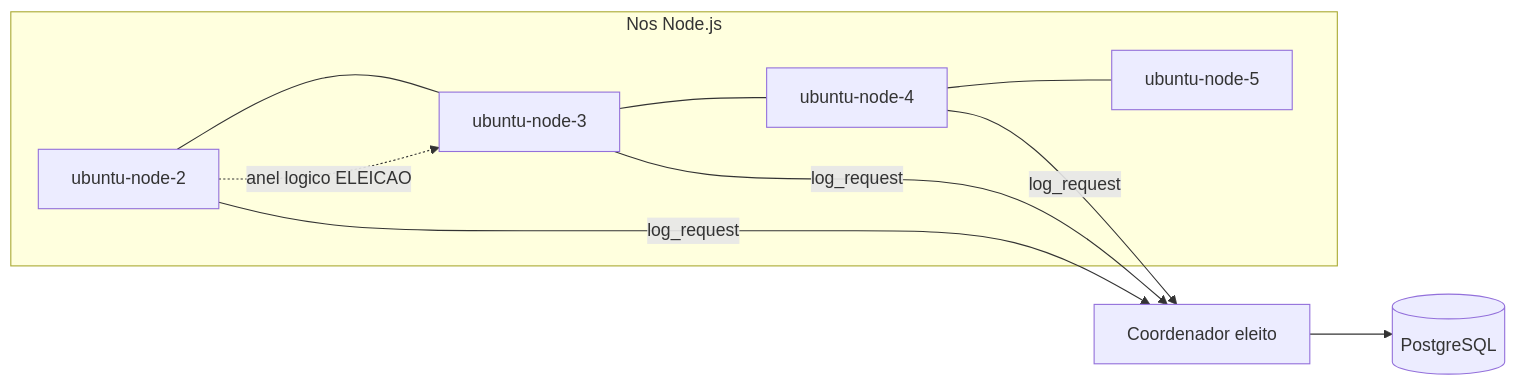
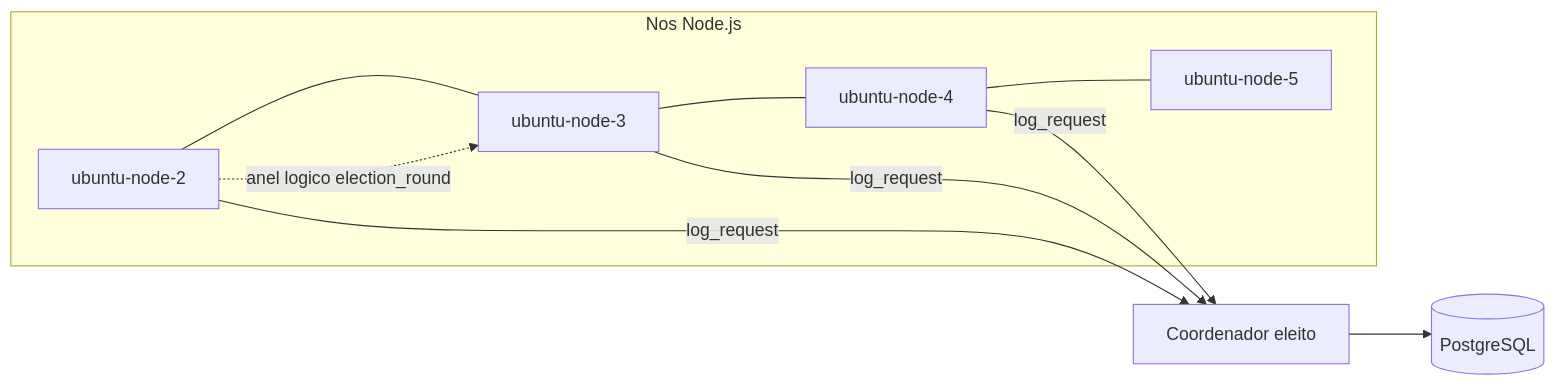
The diagram in docs/documentation/01_visao_e_conceitos_sd.md (GabrielFSSantos/ring-coordinator-lab), drawn with Mermaid before and after one commit. The commit also changed other lines of this file and 171 other files, not shown here.

First line of the commit message:
feat: storage HTTP, timeline global, lab-tail e LAN 8 nós

````diff
--- a/docs/documentation/01_visao_e_conceitos_sd.md
+++ b/docs/documentation/01_visao_e_conceitos_sd.md
@@ -15,16 +15,16 @@
 ```mermaid
 flowchart LR
   subgraph nodes [Nos Node.js]
     N2[ubuntu-node-2]
     N3[ubuntu-node-3]
     N4[ubuntu-node-4]
     N5[ubuntu-node-5]
   end
   N2 --- N3 --- N4 --- N5
-  N2 -.->|anel logico ELEICAO| N3
+  N2 -.->|anel logico election_round| N3
   COORD[Coordenador eleito]
   N3 -->|log_request| COORD
   N4 -->|log_request| COORD
   N2 -->|log_request| COORD
   COORD --> PG[(PostgreSQL)]
 ```
````
